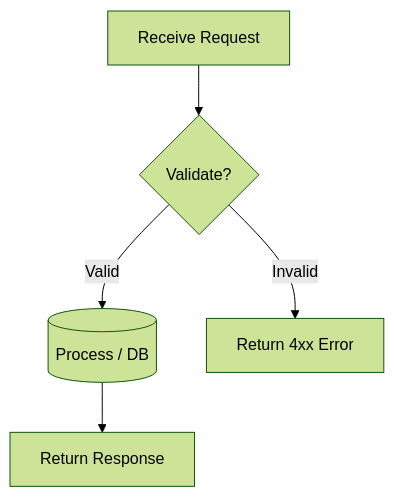
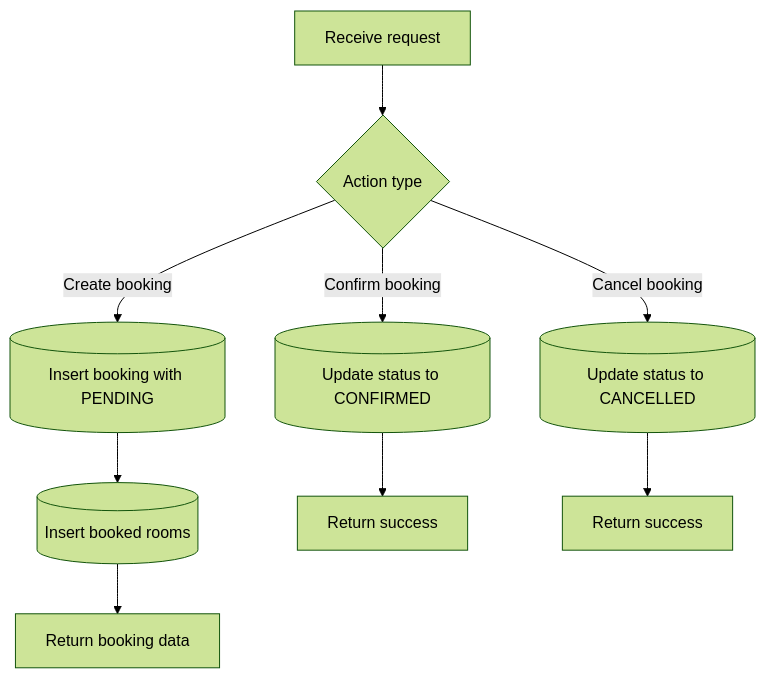
One commit to dqminh2411/hotel-booking-microservices changed the fourth of 5 diagrams in docs/analysis-and-design.md. Above: the diagram before and after it, drawn with Mermaid (forest theme). The commit also changed other lines of this file, not shown here.

````diff
--- a/docs/analysis-and-design.md
+++ b/docs/analysis-and-design.md
@@ -160,7 +346,14 @@
 ```mermaid
 flowchart TD
-    A[Receive Request] --> B{Validate?}
-    B -->|Valid| C[(Process / DB)]
-    B -->|Invalid| D[Return 4xx Error]
-    C --> E[Return Response]
+  A[Receive request] --> B{Action type}
+
+  B -->|Create booking| C[(Insert booking with PENDING)]
+  C --> D[(Insert booked rooms)]
+  D --> E[Return booking data]
+
+  B -->|Confirm booking| F[(Update status to CONFIRMED)]
+  F --> G[Return success]
+
+  B -->|Cancel booking| H[(Update status to CANCELLED)]
+  H --> I[Return success]
 ```
````
